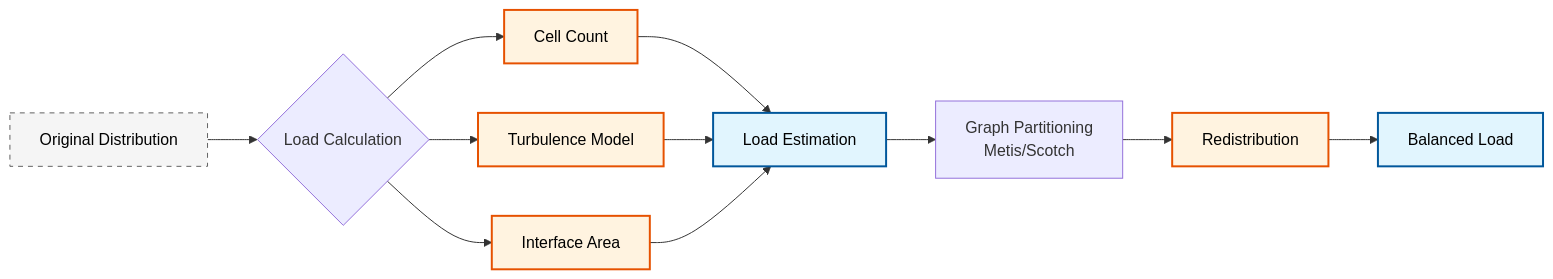
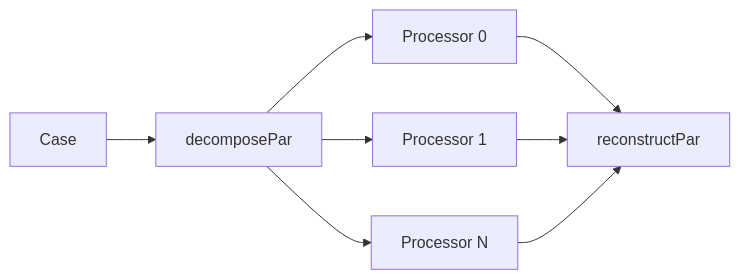
The diagram in MODULE_04_MULTIPHASE_FUNDAMENTALS/CONTENT/06_IMPLEMENTATION/05_Parallel_Implementation.md (wramet/build-my-cfd), drawn with Mermaid before and after one commit. The commit also changed other lines of this file and 384 other files, not shown here.

````diff
--- a/MODULE_04_MULTIPHASE_FUNDAMENTALS/CONTENT/06_IMPLEMENTATION/05_Parallel_Implementation.md
+++ b/MODULE_04_MULTIPHASE_FUNDAMENTALS/CONTENT/06_IMPLEMENTATION/05_Parallel_Implementation.md
@@ -152,14 +9,10 @@
 ```mermaid
 flowchart LR
-classDef implicit fill:#e1f5fe,stroke:#01579b,stroke-width:2px,color:#000
-classDef explicit fill:#fff3e0,stroke:#e65100,stroke-width:2px,color:#000
-classDef context fill:#f5f5f5,stroke:#616161,stroke-width:1px,color:#000,stroke-dasharray: 5 5
-A[Original Distribution]:::context --> B{Load Calculation}
-B --> C[Cell Count]:::explicit
-B --> D[Turbulence Model]:::explicit
-B --> E[Interface Area]:::explicit
-C & D & E --> F[Load Estimation]:::implicit
-F --> G[Graph Partitioning<br/>Metis/Scotch]
-G --> H[Redistribution]:::explicit
-H --> I[Balanced Load]:::implicit
+    A[Case] --> B[decomposePar]
+    B --> C[Processor 0]
+    B --> D[Processor 1]
+    B --> E[Processor N]
+    C --> F[reconstructPar]
+    D --> F
+    E --> F
 ```
````
